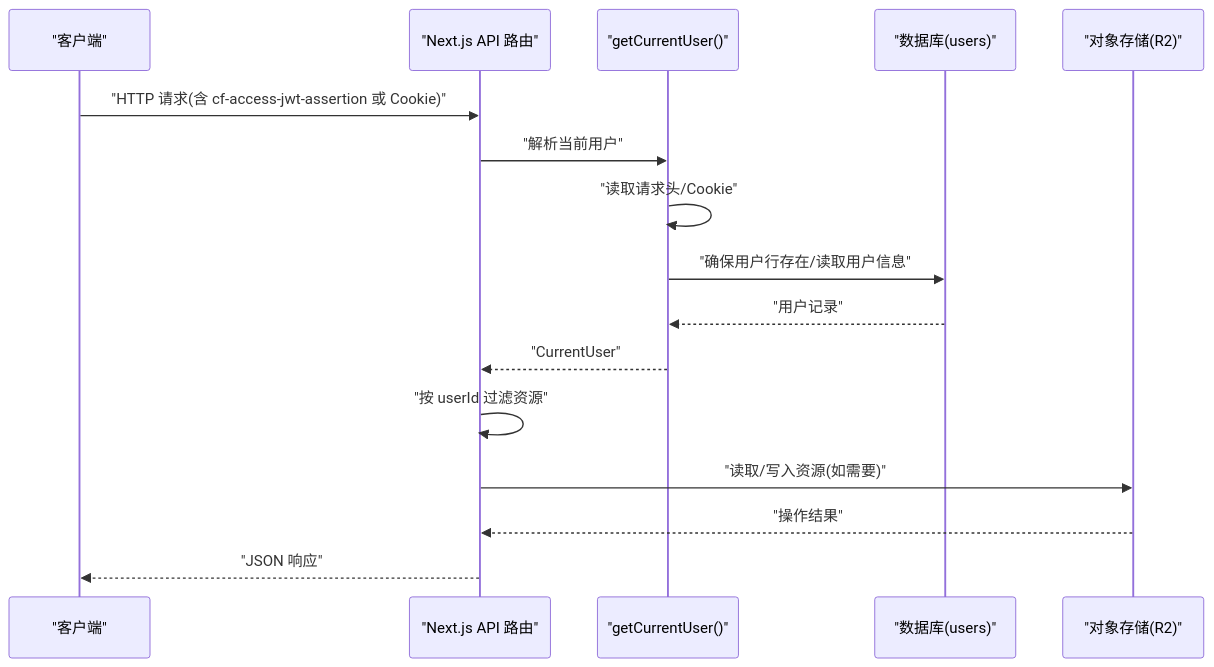
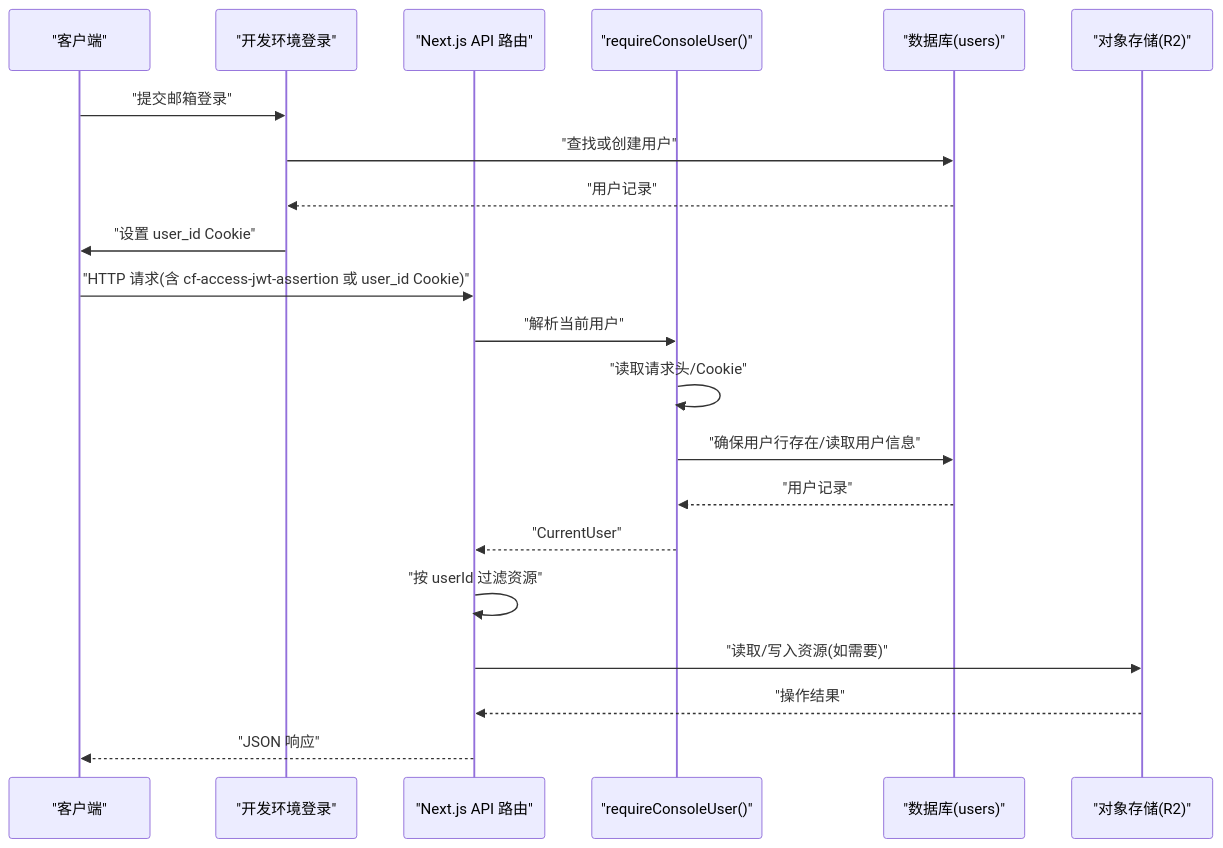
One commit to pnnh/weable changed the second of 7 diagrams in .qoder/repowiki/zh/content/核心模块/认证系统.md. Above: the diagram before and after it, drawn with Mermaid. The commit also changed other lines of this file and 161 other files, not shown here.

````diff
--- a/.qoder/repowiki/zh/content/核心模块/认证系统.md
+++ b/.qoder/repowiki/zh/content/核心模块/认证系统.md
@@ -87,18 +107,23 @@
 ```mermaid
 sequenceDiagram
 participant Client as "客户端"
+participant SignIn as "开发环境登录"
 participant NextAPI as "Next.js API 路由"
-participant Auth as "getCurrentUser()"
+participant Auth as "requireConsoleUser()"
 participant DB as "数据库(users)"
 participant Storage as "对象存储(R2)"
-Client->>NextAPI : "HTTP 请求(含 cf-access-jwt-assertion 或 Cookie)"
+Client->>SignIn : "提交邮箱登录"
+SignIn->>DB : "查找或创建用户"
+DB-->>SignIn : "用户记录"
+SignIn->>Client : "设置 user_id Cookie"
+Client->>NextAPI : "HTTP 请求(含 cf-access-jwt-assertion 或 user_id Cookie)"
 NextAPI->>Auth : "解析当前用户"
 Auth->>Auth : "读取请求头/Cookie"
 Auth->>DB : "确保用户行存在/读取用户信息"
 DB-->>Auth : "用户记录"
 Auth-->>NextAPI : "CurrentUser"
 NextAPI->>NextAPI : "按 userId 过滤资源"
 NextAPI->>Storage : "读取/写入资源(如需要)"
 Storage-->>NextAPI : "操作结果"
 NextAPI-->>Client : "JSON 响应"
 ```
````
